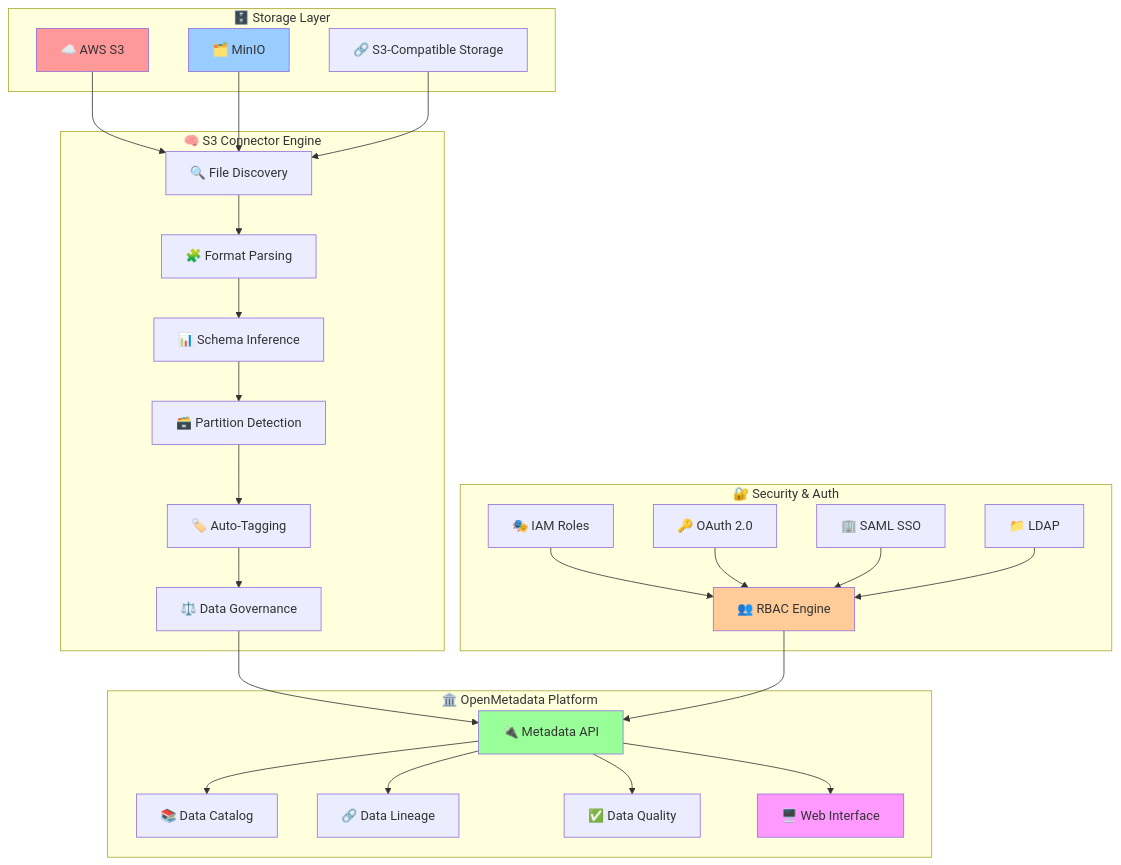
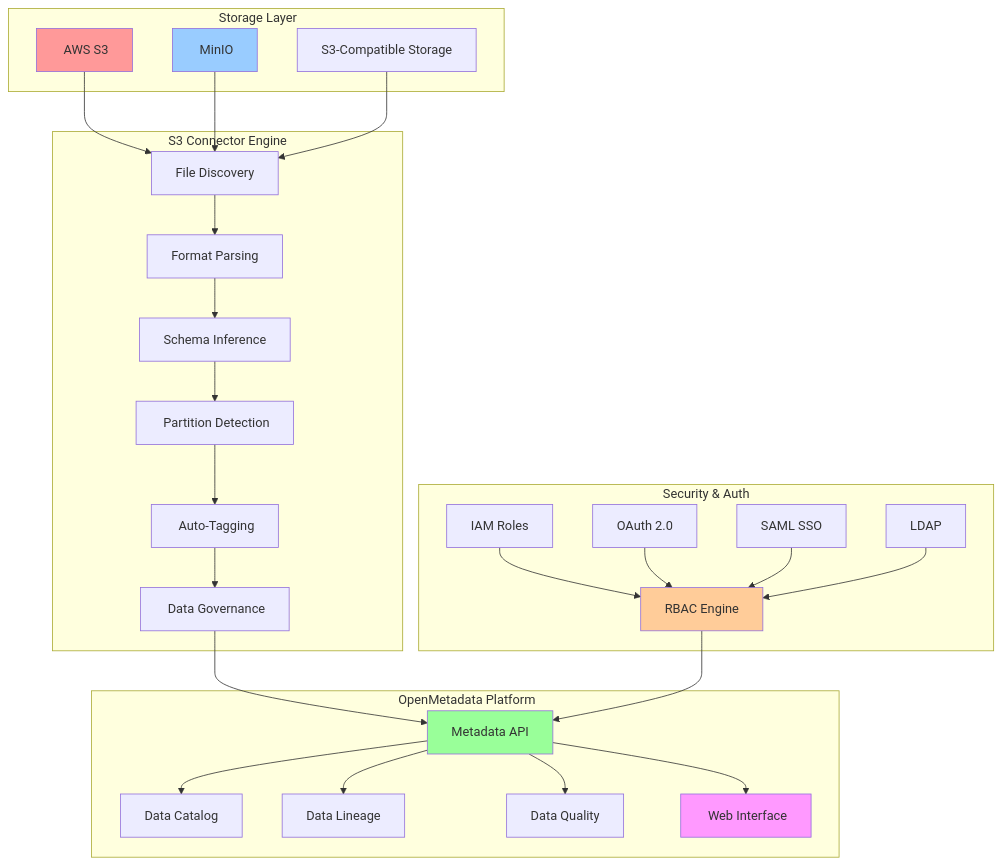
Before and after one commit to Monsau/S3connectorplaybook: the first of 12 diagrams in README.md, drawn with Mermaid. The commit also changed other lines of this file and 4 other files, not shown here.

````diff
--- a/README.md
+++ b/README.md
@@ -44,61 +44,61 @@
 ```mermaid
 graph TB
-    subgraph "🗄️ Storage Layer"
-        S3[☁️ AWS S3]
-        MinIO[🗂️ MinIO]
-        Compatible[🔗 S3-Compatible Storage]
+    subgraph "️ Storage Layer"
+        S3[️ AWS S3]
+        MinIO[️ MinIO]
+        Compatible[ S3-Compatible Storage]
     end
     
-    subgraph "🔐 Security & Auth"
-        IAM[🎭 IAM Roles]
-        OAuth[🔑 OAuth 2.0]
-        SAML[🏢 SAML SSO]
-        LDAP[📁 LDAP]
-        RBAC[👥 RBAC Engine]
+    subgraph " Security & Auth"
+        IAM[ IAM Roles]
+        OAuth[ OAuth 2.0]
+        SAML[ SAML SSO]
+        LDAP[ LDAP]
+        RBAC[ RBAC Engine]
     end
     
-    subgraph "🧠 S3 Connector Engine"
-        Discovery[🔍 File Discovery]
-        Parsing[🧩 Format Parsing]
-        Schema[📊 Schema Inference]
-        Partitioning[🗃️ Partition Detection]
-        Tagging[🏷️ Auto-Tagging]
-        Governance[⚖️ Data Governance]
+    subgraph " S3 Connector Engine"
+        Discovery[ File Discovery]
+        Parsing[ Format Parsing]
+        Schema[ Schema Inference]
+        Partitioning[️ Partition Detection]
+        Tagging[️ Auto-Tagging]
+        Governance[️ Data Governance]
     end
     
-    subgraph "🏛️ OpenMetadata Platform"
-        API[🔌 Metadata API]
-        Catalog[📚 Data Catalog]
-        Lineage[🔗 Data Lineage]
-        Quality[✅ Data Quality]
-        UI[🖥️ Web Interface]
+    subgraph "️ OpenMetadata Platform"
+        API[ Metadata API]
+        Catalog[ Data Catalog]
+        Lineage[ Data Lineage]
+        Quality[ Data Quality]
+        UI[️ Web Interface]
     end
     
     S3 --> Discovery
     MinIO --> Discovery
     Compatible --> Discovery
     
     IAM --> RBAC
     OAuth --> RBAC
     SAML --> RBAC
     LDAP --> RBAC
     
     Discovery --> Parsing
     Parsing --> Schema
     Schema --> Partitioning
     Partitioning --> Tagging
     Tagging --> Governance
     
     Governance --> API
     RBAC --> API
     API --> Catalog
     API --> Lineage
     API --> Quality
     API --> UI
     
     style S3 fill:#ff9999
     style MinIO fill:#99ccff
     style RBAC fill:#ffcc99
     style API fill:#99ff99
     style UI fill:#ff99ff
 ```
````
